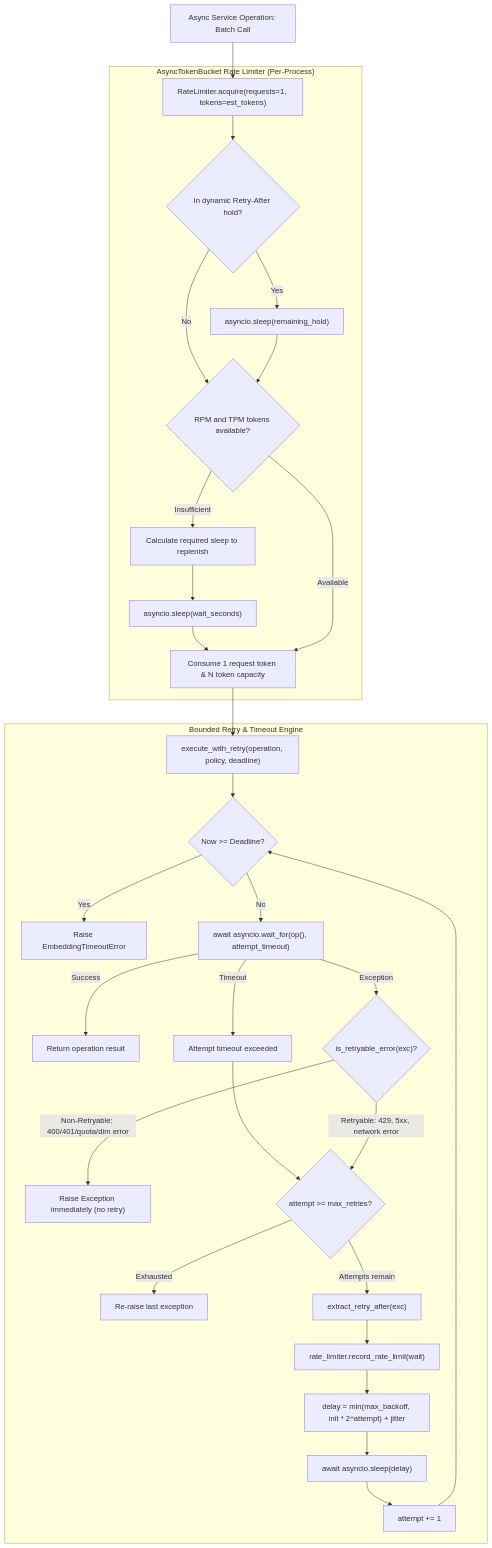
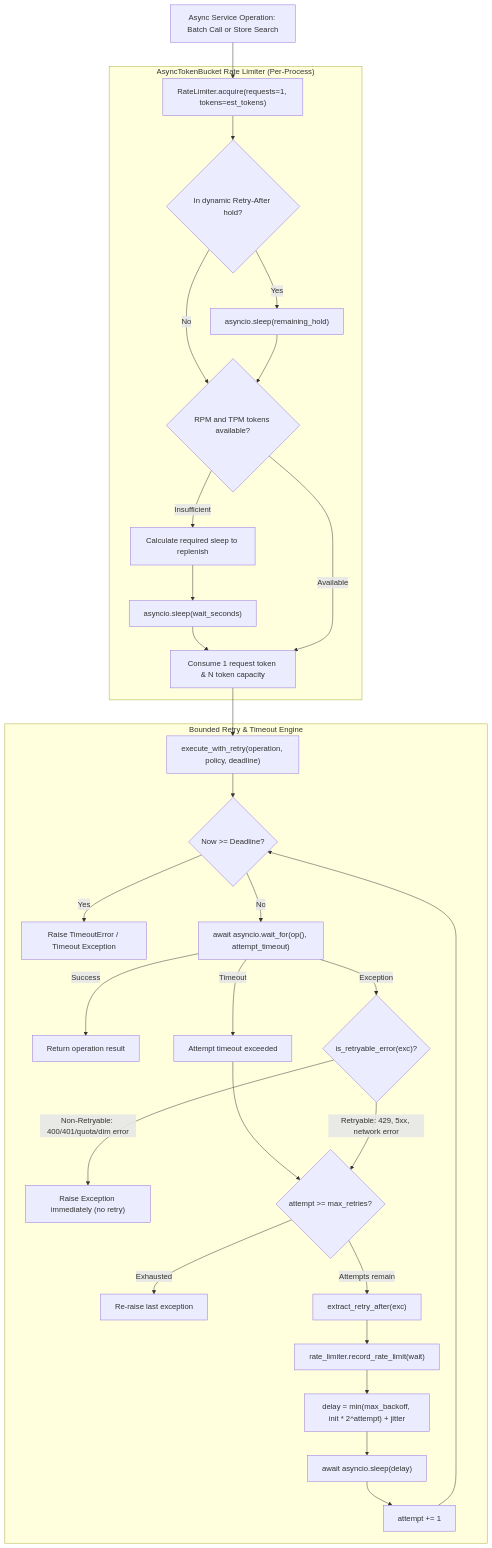
One commit to harshilkatharva/genai-engineer-journey changed the fifth of 6 diagrams in packages/genai-core/docs/FLOW.md. Above: the diagram before and after it, drawn with Mermaid. The commit also changed other lines of this file and 34 other files, not shown here.

Commit message:
feat: implement pgvector vector store adapter and retrieval service components

````diff
--- a/packages/genai-core/docs/FLOW.md
+++ b/packages/genai-core/docs/FLOW.md
@@ -308,39 +316,39 @@
 ```mermaid
 flowchart TD
-    Operation[Async Service Operation: Batch Call] --> LimiterAcquire["RateLimiter.acquire(requests=1, tokens=est_tokens)"]
+    Operation[Async Service Operation: Batch Call or Store Search] --> LimiterAcquire["RateLimiter.acquire(requests=1, tokens=est_tokens)"]
 
     subgraph TokenBucketLimiter ["AsyncTokenBucket Rate Limiter (Per-Process)"]
         LimiterAcquire --> CheckHold{"In dynamic Retry-After hold?"}
         CheckHold -->|Yes| HoldWait["asyncio.sleep(remaining_hold)"]
         CheckHold -->|No| CheckBuckets{"RPM and TPM tokens available?"}
         HoldWait --> CheckBuckets
         CheckBuckets -->|Insufficient| CalcWait["Calculate required sleep to replenish"]
         CalcWait --> BucketWait["asyncio.sleep(wait_seconds)"]
         BucketWait --> ConsumeTokens["Consume 1 request token & N token capacity"]
         CheckBuckets -->|Available| ConsumeTokens
     end
 
     ConsumeTokens --> ExecRetry["execute_with_retry(operation, policy, deadline)"]
 
     subgraph RetryLoop ["Bounded Retry & Timeout Engine"]
         ExecRetry --> CheckDeadline{"Now >= Deadline?"}
-        CheckDeadline -->|Yes| RaiseTimeout["Raise EmbeddingTimeoutError"]
+        CheckDeadline -->|Yes| RaiseTimeout["Raise TimeoutError / Timeout Exception"]
         CheckDeadline -->|No| RunAttempt["await asyncio.wait_for(op(), attempt_timeout)"]
         
         RunAttempt -->|Success| ReturnResult["Return operation result"]
         RunAttempt -->|Timeout| AttemptTimedOut["Attempt timeout exceeded"]
         RunAttempt -->|Exception| EvalErr{"is_retryable_error(exc)?"}
         
         EvalErr -->|Non-Retryable: 400/401/quota/dim error| FastFail["Raise Exception immediately (no retry)"]
         AttemptTimedOut --> CheckMaxRetries{"attempt >= max_retries?"}
         EvalErr -->|Retryable: 429, 5xx, network error| CheckMaxRetries
         
         CheckMaxRetries -->|Exhausted| ReRaise["Re-raise last exception"]
         CheckMaxRetries -->|Attempts remain| ParseRetryAfter["extract_retry_after(exc)"]
         ParseRetryAfter --> NotifyLimiter["rate_limiter.record_rate_limit(wait)"]
         NotifyLimiter --> CalcBackoff["delay = min(max_backoff, init * 2^attempt) + jitter"]
         CalcBackoff --> SleepRetry["await asyncio.sleep(delay)"]
         SleepRetry --> NextAttempt["attempt += 1"]
         NextAttempt --> CheckDeadline
     end
 ```
````
